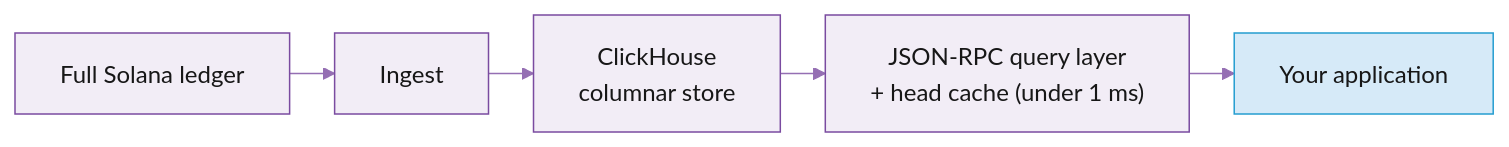
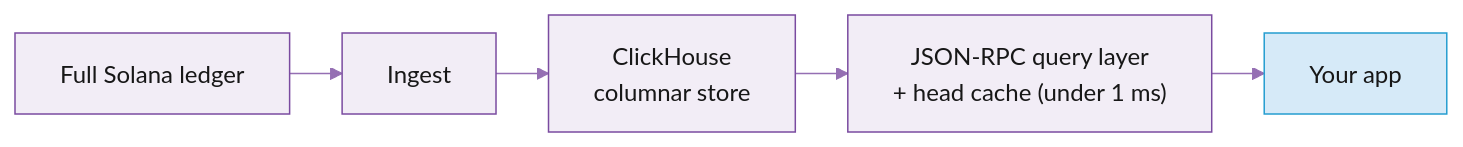
One commit to praptisharma28/triton-docs-v5 changed the diagram in documentation/historical-data.md. Above: the diagram before and after it, drawn with Mermaid. The commit also changed 5 other files, not shown here.

Commit message:
Definitive Triton chart style: one shared init (palette + 20/35 spacing), all flowchart LR (horizontal + minimal vertical), unified 'Your app' blue box; collapse Cloudbreak inputs + Fumarole nodes into single boxes; standardize Deshred + intra-slot init

````diff
--- a/documentation/historical-data.md
+++ b/documentation/historical-data.md
@@ -62,9 +62,6 @@
 ```mermaid
-%%{init: {'theme':'base','themeVariables':{'primaryColor':'#F2EDF6','primaryBorderColor':'#7A4BA0','primaryTextColor':'#171717','lineColor':'#956FB3','secondaryColor':'#E4DBEC','tertiaryColor':'#D7C9E3'},'flowchart':{'nodeSpacing':22,'rankSpacing':30,'curve':'linear'}}}%%
+%%{init: {'theme':'base','themeVariables':{'primaryColor':'#F2EDF6','primaryBorderColor':'#7A4BA0','primaryTextColor':'#171717','lineColor':'#956FB3','secondaryColor':'#E4DBEC','tertiaryColor':'#D7C9E3'},'flowchart':{'nodeSpacing':20,'rankSpacing':35,'curve':'linear'}}}%%
 flowchart LR
-    ledger["Full Solana ledger"] --> ingest["Ingest"]
-    ingest --> ch["ClickHouse<br/>columnar store"]
-    ch --> q["JSON-RPC query layer<br/>+ head cache (under 1 ms)"]
-    q --> you["Your application"]
+    ledger["Full Solana ledger"] --> ingest["Ingest"] --> ch["ClickHouse<br/>columnar store"] --> q["JSON-RPC query layer<br/>+ head cache (under 1 ms)"] --> you["Your app"]
     style you fill:#D6EAF8,stroke:#259DD0
 ```
````
